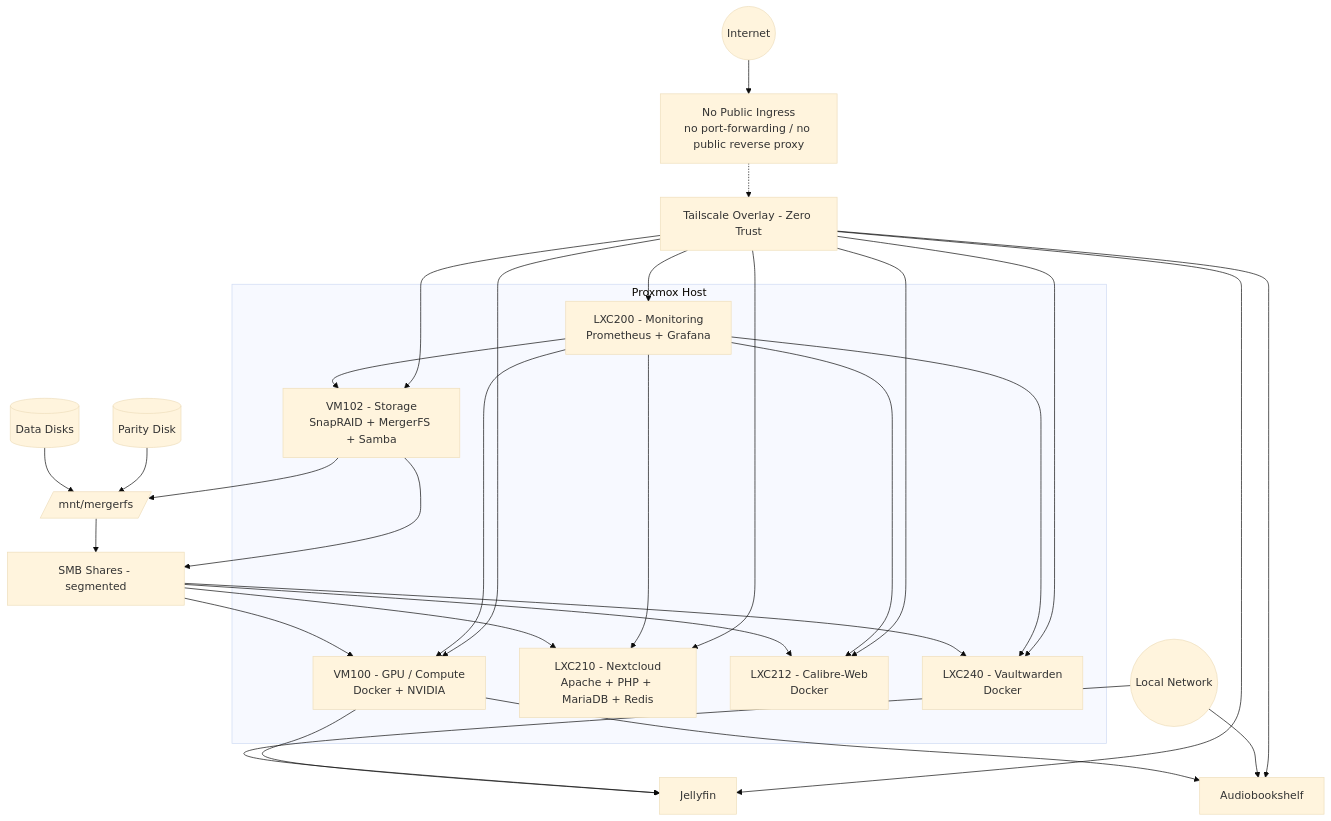
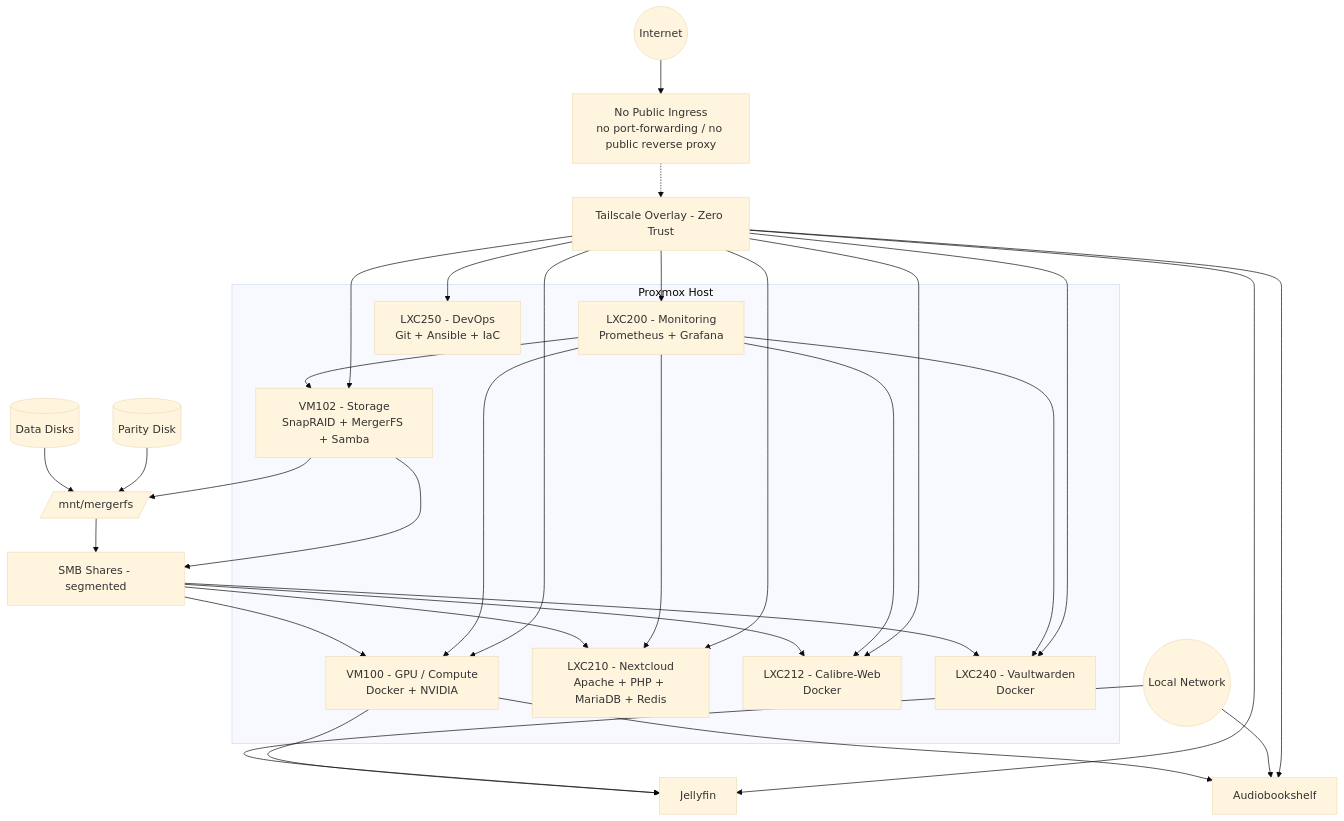
Before and after one commit to sohanreddyk/homelab-server-architecture: the diagram in docs/architecture/diagram.md, drawn with Mermaid (base theme). The commit also changed 1 other file, not shown here.

Commit message:
docs(architecture): add LXC250 devops to overview and diagram
- add LXC250 to service LXC list in overview
- add LXC250 link to services section in overview
- add LXC250 node to architecture diagram
- add Tailscale access path (no LAN exposure)

````diff
--- a/docs/architecture/diagram.md
+++ b/docs/architecture/diagram.md
@@ -9,66 +9,68 @@
 ```mermaid
 flowchart TB
 
   %% Access Layers
   Internet((Internet))
   LAN((Local Network))
   TS[Tailscale Overlay - Zero Trust]
   NoPublic[No Public Ingress<br/>no port-forwarding / no public reverse proxy]
 
   Internet --> NoPublic
   NoPublic -.-> TS
 
   %% Proxmox Layer
   subgraph Proxmox Host
     VM102[VM102 - Storage<br/>SnapRAID + MergerFS + Samba]
     VM100[VM100 - GPU / Compute<br/>Docker + NVIDIA]
     LXC200[LXC200 - Monitoring<br/>Prometheus + Grafana]
     LXC210[LXC210 - Nextcloud<br/>Apache + PHP + MariaDB + Redis]
     LXC212[LXC212 - Calibre-Web<br/>Docker]
     LXC240[LXC240 - Vaultwarden<br/>Docker]
+    LXC250[LXC250 - DevOps<br/>Git + Ansible + IaC]
   end
 
   %% Storage Internals
   Disks[(Data Disks)]
   Parity[(Parity Disk)]
   MergerFS[/mnt/mergerfs/]
   Samba[SMB Shares - segmented]
 
   Disks --> MergerFS
   Parity --> MergerFS
   MergerFS --> Samba
   VM102 --> MergerFS
   VM102 --> Samba
 
   %% Storage Consumers
   Samba --> VM100
   Samba --> LXC210
   Samba --> LXC212
   Samba --> LXC240
 
   %% VM100 Services
   VM100 --> Jellyfin[Jellyfin]
   VM100 --> ABS[Audiobookshelf]
 
   %% Monitoring Targets
   LXC200 --> VM102
   LXC200 --> VM100
   LXC200 --> LXC210
   LXC200 --> LXC212
   LXC200 --> LXC240
 
   %% Access Model
   TS --> VM100
   TS --> VM102
   TS --> LXC200
   TS --> LXC210
   TS --> LXC212
   TS --> LXC240
+  TS --> LXC250
 
   LAN --> Jellyfin
   LAN --> ABS
 
   TS --> Jellyfin
   TS --> ABS
 
 ```
````
